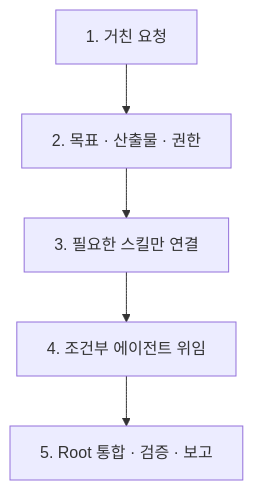
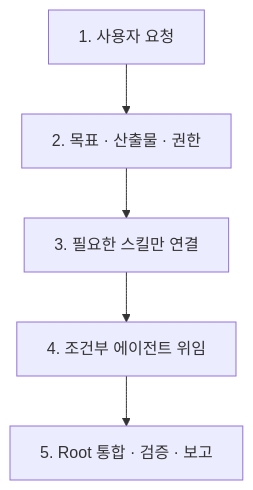
Before and after one commit to Seung-Won-Yu/codex-agent-kit: the diagram in README.md, drawn with Mermaid. The commit also changed other lines of this file and 20 other files, not shown here.

Commit message:
polish landing copy and responsive flow

````diff
--- a/README.md
+++ b/README.md
@@ -79,7 +79,7 @@
 ```mermaid
 flowchart TD
-  A["1. 거친 요청"] --> B["2. 목표 · 산출물 · 권한"]
+  A["1. 사용자 요청"] --> B["2. 목표 · 산출물 · 권한"]
   B --> C["3. 필요한 스킬만 연결"]
   C --> D["4. 조건부 에이전트 위임"]
   D --> E["5. Root 통합 · 검증 · 보고"]
 ```
````
